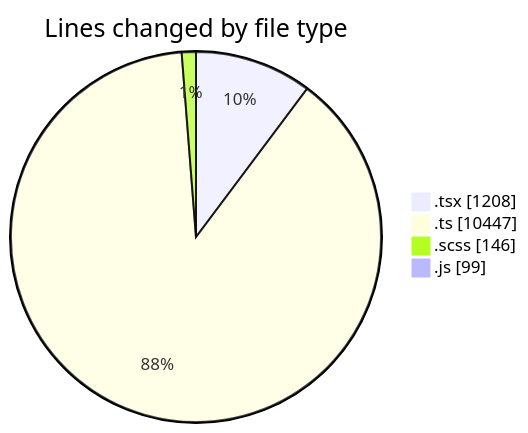
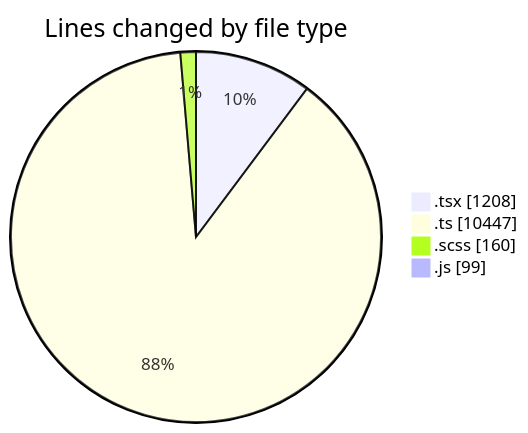
The first of 2 diagrams in 2025-03-26/cda/README.md (momahboobian/code-tracking), drawn with Mermaid before and after one commit. The commit also changed other lines of this file and 1 other file, not shown here.

````diff
--- a/2025-03-26/cda/README.md
+++ b/2025-03-26/cda/README.md
@@ -42,8 +42,8 @@
 ```mermaid
 pie showData
 title Lines changed by file type
 ".tsx" : 1208
 ".ts" : 10447
-".scss" : 146
+".scss" : 160
 ".js" : 99
 ```
````
